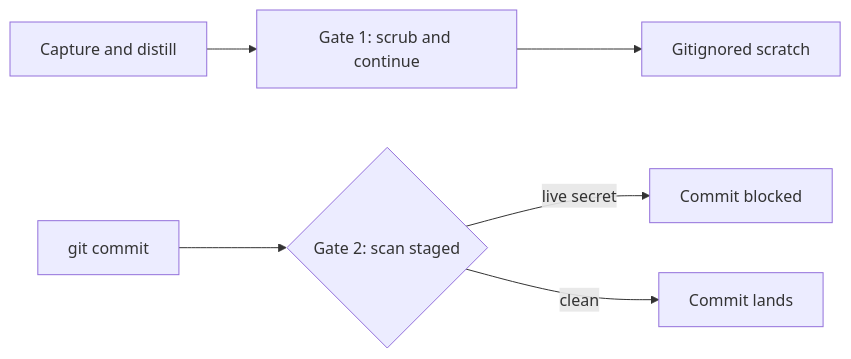
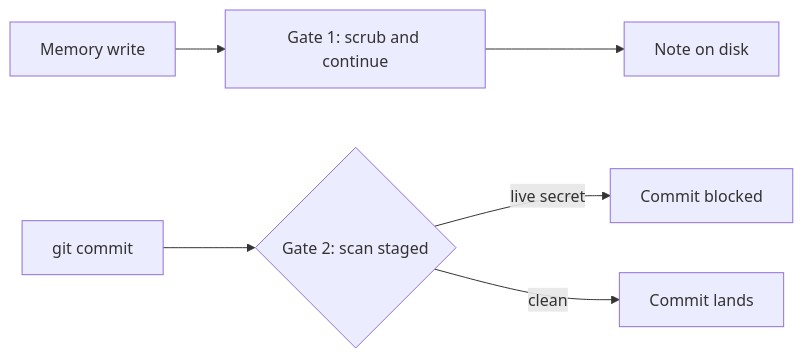
Before and after one commit to Sumit1993/mage-memory: the diagram in docs/src/content/docs/reference/redaction.md, drawn with Mermaid. The commit also changed other lines of this file and 24 other files, not shown here.

````diff
--- a/docs/src/content/docs/reference/redaction.md
+++ b/docs/src/content/docs/reference/redaction.md
@@ -12,8 +12,8 @@
-```mermaid The two redaction gates: Gate 1 scrubs secrets in place and continues on capture into the gitignored scratch; Gate 2 scans staged files at git commit and blocks the commit on a live secret, or lets a clean commit land.
+```mermaid The two redaction gates: Gate 1 scrubs secrets in place and continues on a memory write; Gate 2 scans staged files at git commit and blocks the commit on a live secret, or lets a clean commit land.
 flowchart LR
-  capture[Capture and distill] --> g1[Gate 1: scrub and continue]
-  g1 --> scratch[Gitignored scratch]
+  write[Memory write] --> g1[Gate 1: scrub and continue]
+  g1 --> note[Note on disk]
   commit[git commit] --> g2{Gate 2: scan staged}
   g2 -->|live secret| block[Commit blocked]
   g2 -->|clean| land[Commit lands]
 ```
````
